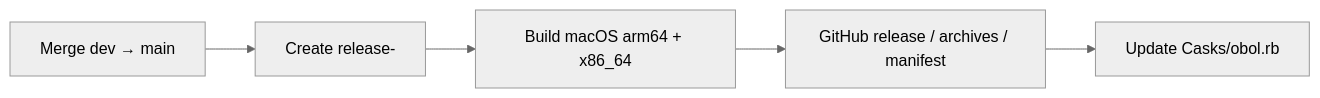
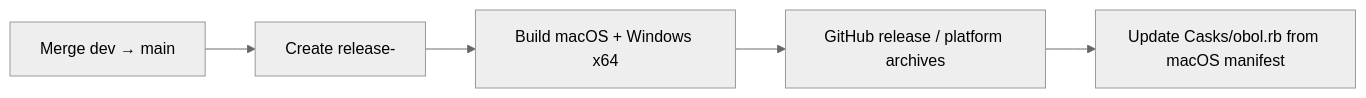
Before and after one commit to CaioFaSoares/Obol: the second of 2 diagrams in README.md, drawn with Mermaid (neutral theme). The commit also changed other lines of this file and 19 other files, not shown here.

Commit message:
Release 0.2.0: Daily dashboard and Windows x64 builds

````diff
--- a/README.md
+++ b/README.md
@@ -45,7 +45,7 @@
 ```mermaid
 flowchart LR
   merge["Merge dev → main"] --> branch["Create release-<version>"]
-  branch --> build["Build macOS arm64 + x86_64"]
-  build --> release["GitHub release / archives / manifest"]
-  release --> cask["Update Casks/obol.rb"]
+  branch --> build["Build macOS + Windows x64"]
+  build --> release["GitHub release / platform archives"]
+  release --> cask["Update Casks/obol.rb from macOS manifest"]
 ```
````
